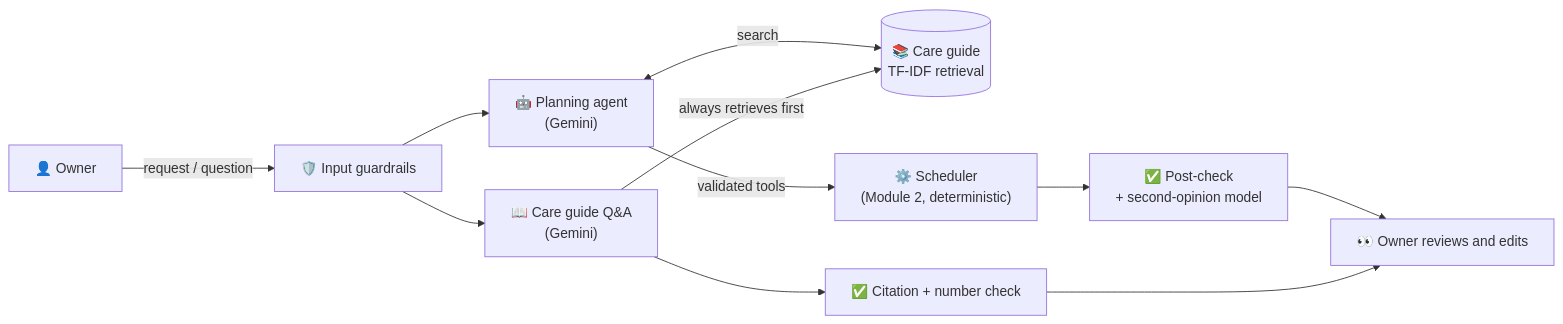
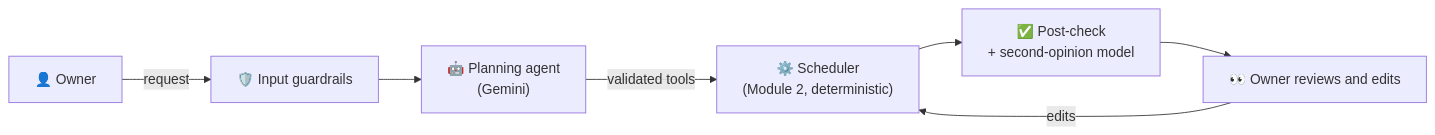
Before and after one commit to ArennB/applied-ai-system-project: the diagram in README.md, drawn with Mermaid. The commit also changed other lines of this file and 46 other files, not shown here.

````diff
--- a/README.md
+++ b/README.md
@@ -113,13 +111,9 @@
 ```mermaid
 flowchart LR
-    U["👤 Owner"] -->|request / question| G["🛡️ Input guardrails"]
+    U["👤 Owner"] -->|request| G["🛡️ Input guardrails"]
     G --> A["🤖 Planning agent<br/>(Gemini)"]
-    G --> Q["📖 Care guide Q&A<br/>(Gemini)"]
-    A <-->|search| KB[("📚 Care guide<br/>TF-IDF retrieval")]
-    Q -->|always retrieves first| KB
     A -->|validated tools| S["⚙️ Scheduler<br/>(Module 2, deterministic)"]
     S --> C["✅ Post-check<br/>+ second-opinion model"]
-    Q --> V["✅ Citation + number check"]
     C --> R["👀 Owner reviews and edits"]
-    V --> R
+    R -->|edits| S
 ```
````
